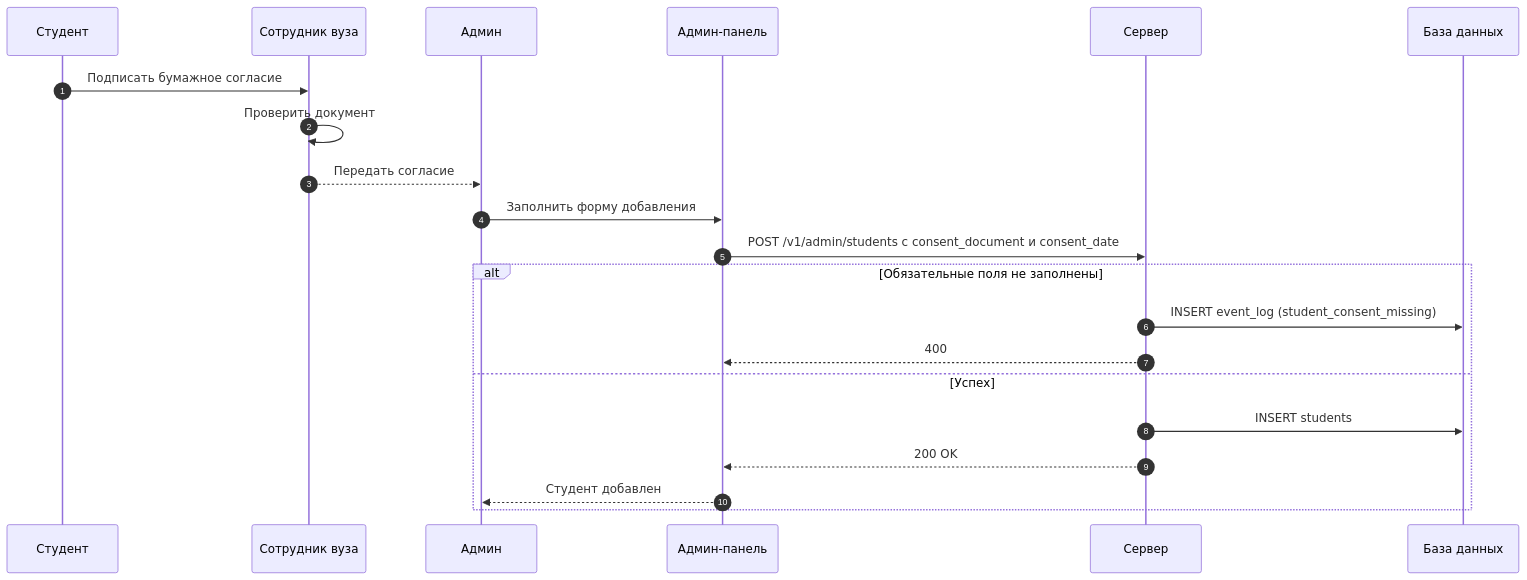
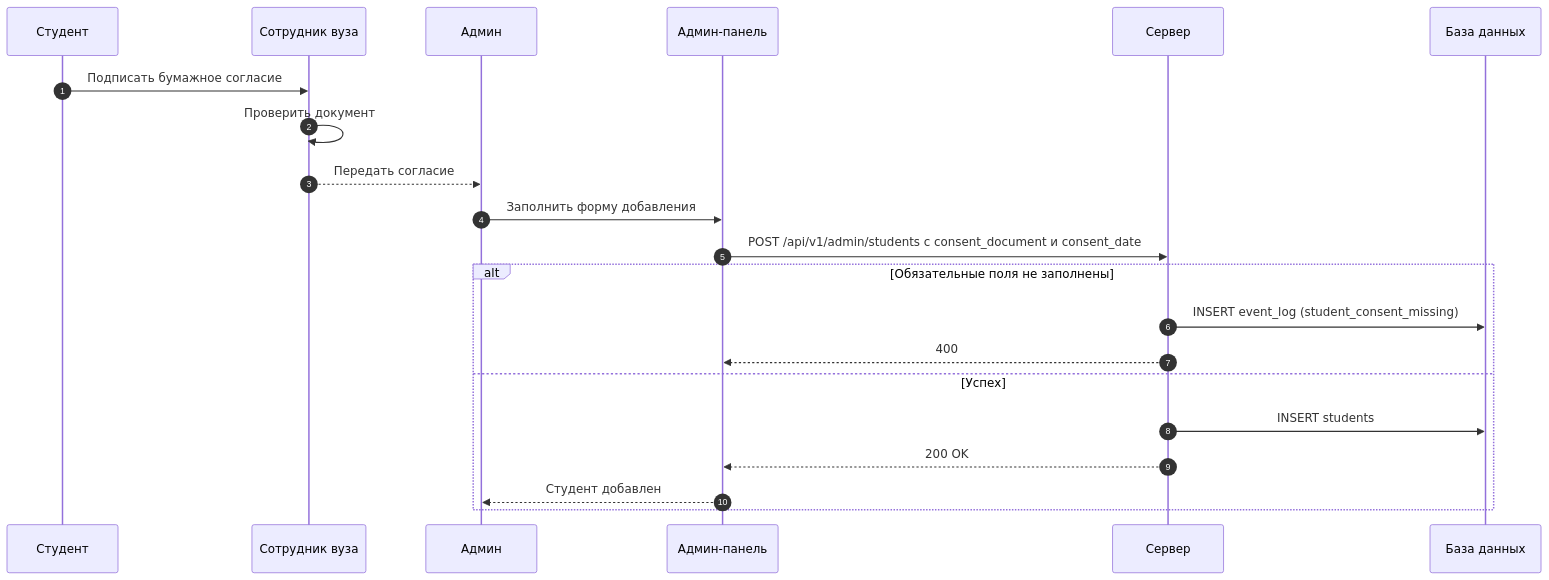
Before and after one commit to SP4CEVI/iasu-2.0: diagram 12 of 15 in docs/concept.md, drawn with Mermaid. The commit also changed other lines of this file, not shown here.

````diff
--- a/docs/concept.md
+++ b/docs/concept.md
@@ -1423,24 +1502,24 @@
 ```mermaid
 sequenceDiagram
     autonumber
     participant Student as Студент
     participant Staff as Сотрудник вуза
     participant Admin as Админ
     participant Web as Админ-панель
     participant API as Сервер
     participant DB as База данных
 
     Student->>Staff: Подписать бумажное согласие
     Staff->>Staff: Проверить документ
     Staff-->>Admin: Передать согласие
     Admin->>Web: Заполнить форму добавления
-    Web->>API: POST /v1/admin/students с consent_document и consent_date
+    Web->>API: POST /api/v1/admin/students с consent_document и consent_date
     alt Обязательные поля не заполнены
         API->>DB: INSERT event_log (student_consent_missing)
         API-->>Web: 400
     else Успех
         API->>DB: INSERT students
         API-->>Web: 200 OK
         Web-->>Admin: Студент добавлен
     end
 ```
````
